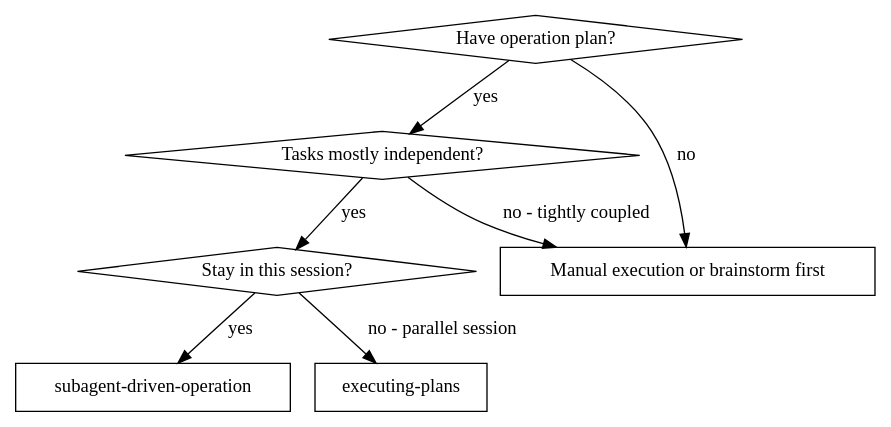
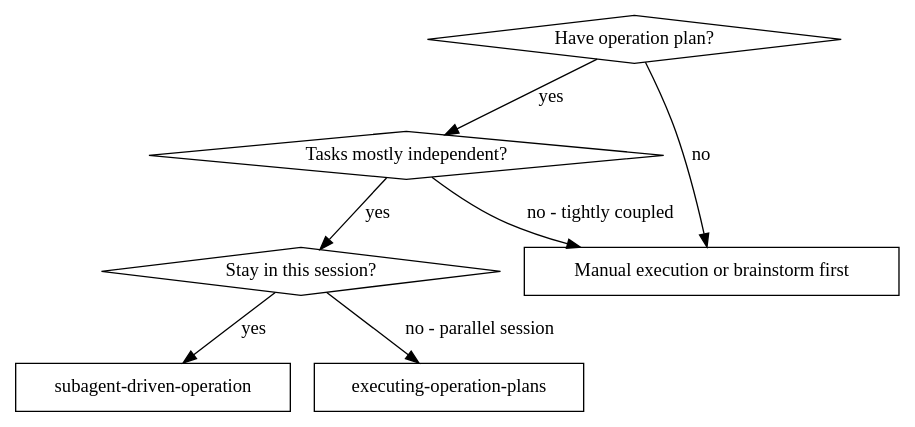
One commit to yg-codes/srepowers changed the first of 2 diagrams in skills/subagent-driven-operation/SKILL.md. Above: the diagram before and after it, drawn with Graphviz. The commit also changed other lines of this file, not shown here.

First line of the commit message:
refactor: streamline subagent-driven-operation skill (57% reduction)

````diff
--- a/skills/subagent-driven-operation/SKILL.md
+++ b/skills/subagent-driven-operation/SKILL.md
@@ -14,17 +18,17 @@
 ```dot
 digraph when_to_use {
     "Have operation plan?" [shape=diamond];
     "Tasks mostly independent?" [shape=diamond];
     "Stay in this session?" [shape=diamond];
     "subagent-driven-operation" [shape=box];
-    "executing-plans" [shape=box];
+    "executing-operation-plans" [shape=box];
     "Manual execution or brainstorm first" [shape=box];
 
     "Have operation plan?" -> "Tasks mostly independent?" [label="yes"];
     "Have operation plan?" -> "Manual execution or brainstorm first" [label="no"];
     "Tasks mostly independent?" -> "Stay in this session?" [label="yes"];
     "Tasks mostly independent?" -> "Manual execution or brainstorm first" [label="no - tightly coupled"];
     "Stay in this session?" -> "subagent-driven-operation" [label="yes"];
-    "Stay in this session?" -> "executing-plans" [label="no - parallel session"];
+    "Stay in this session?" -> "executing-operation-plans" [label="no - parallel session"];
 }
 ```
````
